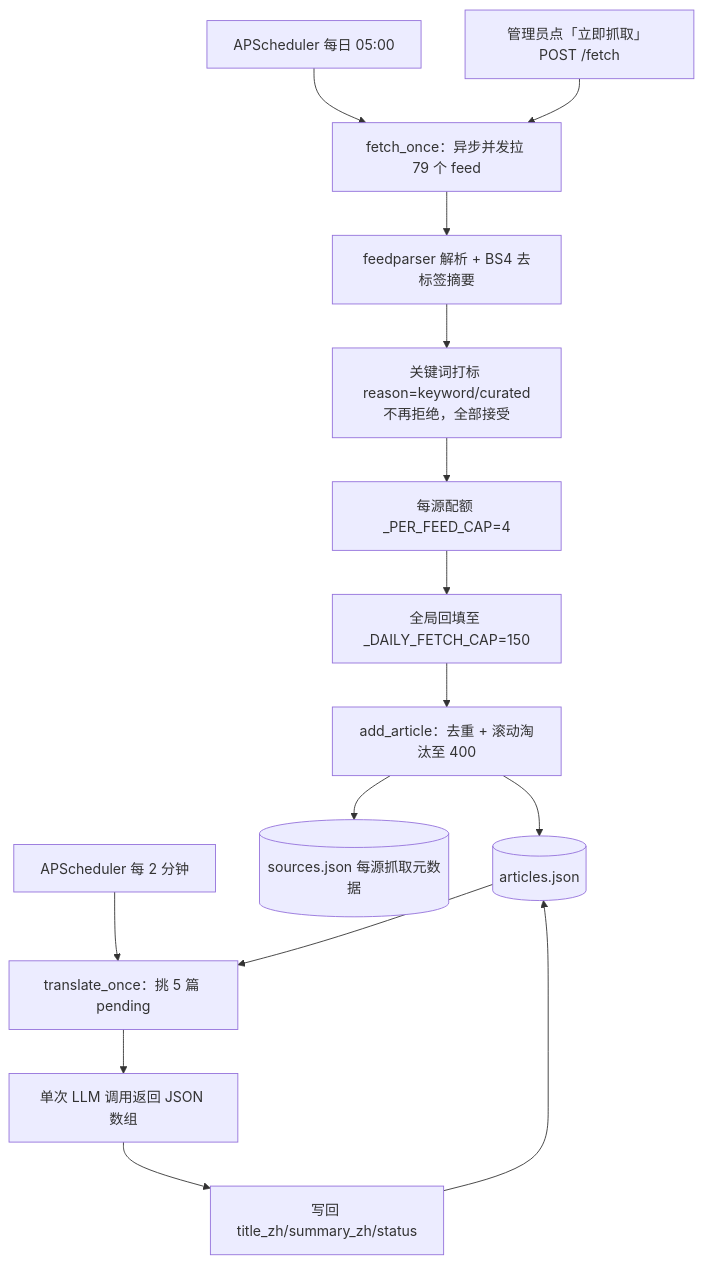
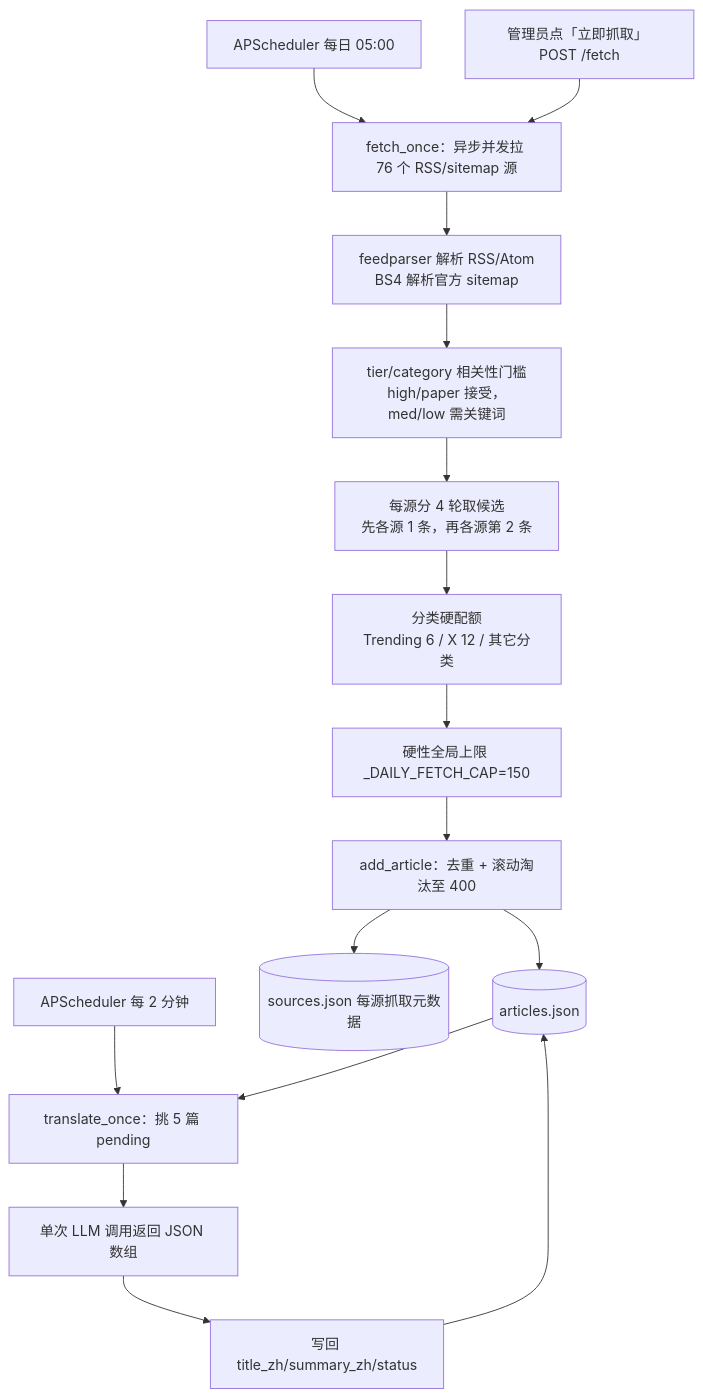
The diagram in llmdoc/architecture/rss-pipeline-architecture.md (nikefd/ai-frontier-agent), drawn with Mermaid before and after one commit. The commit also changed other lines of this file and 12 other files, not shown here.

````diff
--- a/llmdoc/architecture/rss-pipeline-architecture.md
+++ b/llmdoc/architecture/rss-pipeline-architecture.md
@@ -10,19 +10,20 @@
 ```mermaid
 flowchart TD
   cron[APScheduler 每日 05:00] --> fetch
   manual[管理员点「立即抓取」 POST /fetch] --> fetch
-  fetch[fetch_once：异步并发拉 79 个 feed]
-  fetch --> parse[feedparser 解析 + BS4 去标签摘要]
-  parse --> tag[关键词打标 reason=keyword/curated<br/>不再拒绝，全部接受]
-  tag --> quota[每源配额 _PER_FEED_CAP=4]
-  quota --> global[全局回填至 _DAILY_FETCH_CAP=150]
+  fetch[fetch_once：异步并发拉 76 个 RSS/sitemap 源]
+  fetch --> parse[feedparser 解析 RSS/Atom<br/>BS4 解析官方 sitemap]
+  parse --> gate[tier/category 相关性门槛<br/>high/paper 接受，med/low 需关键词]
+  gate --> rounds[每源分 4 轮取候选<br/>先各源 1 条，再各源第 2 条]
+  rounds --> category[分类硬配额<br/>Trending 6 / X 12 / 其它分类]
+  category --> global[硬性全局上限 _DAILY_FETCH_CAP=150]
   global --> store[add_article：去重 + 滚动淘汰至 400]
   store --> articles[(articles.json)]
   store --> meta[(sources.json 每源抓取元数据)]
 
   tick[APScheduler 每 2 分钟] --> trans[translate_once：挑 5 篇 pending]
   articles --> trans
   trans --> llm[单次 LLM 调用返回 JSON 数组]
   llm --> writeback[写回 title_zh/summary_zh/status]
   writeback --> articles
 ```
````
